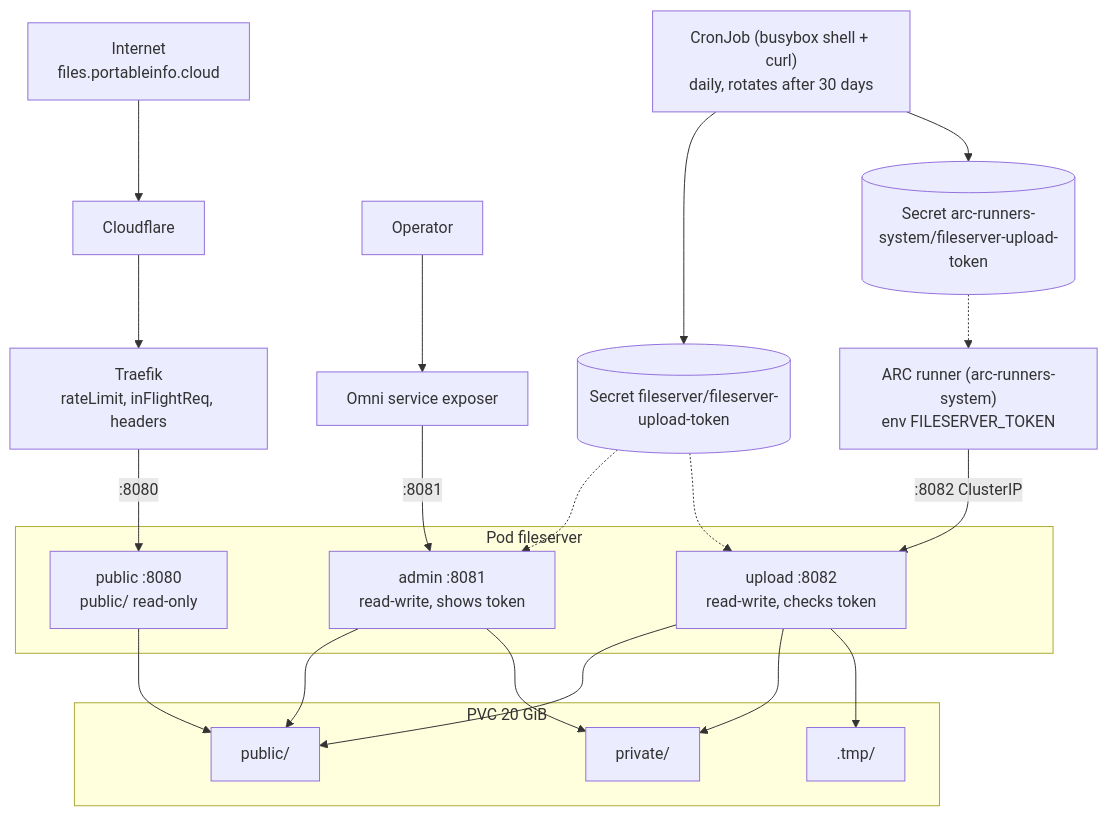
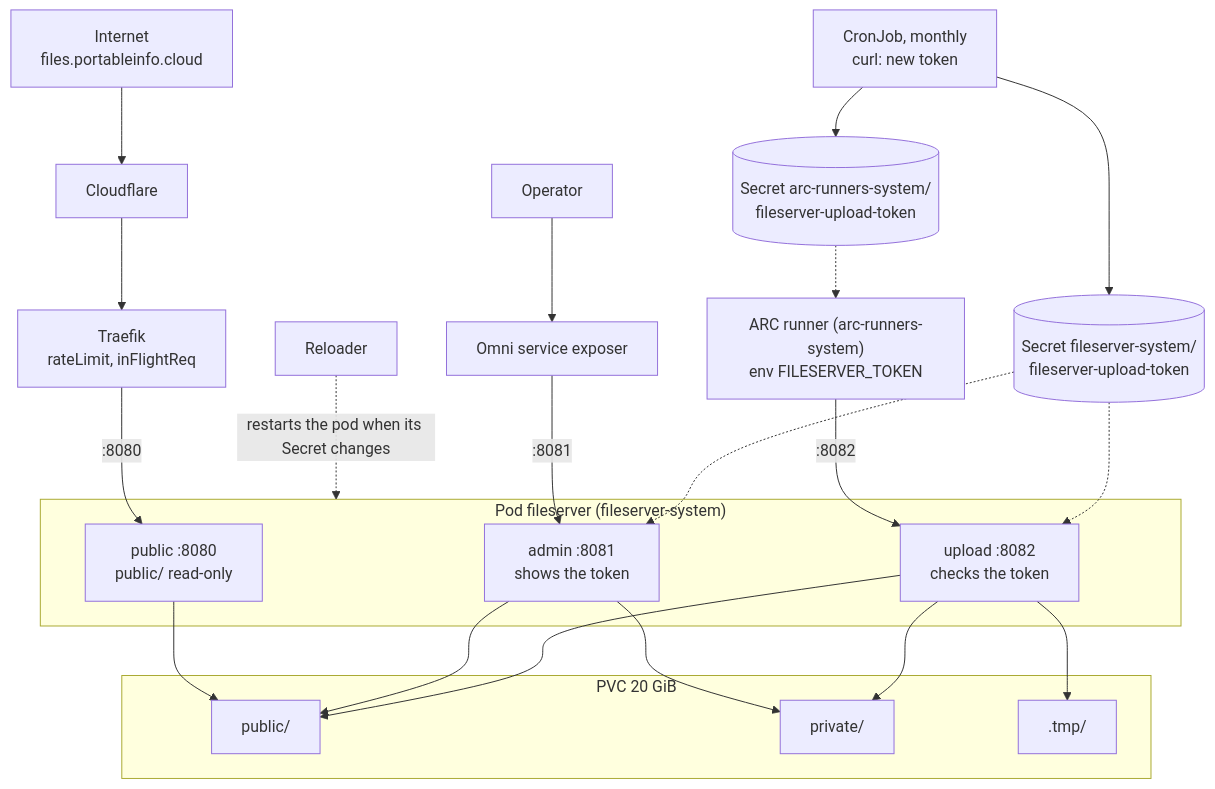
Before and after one commit to cthtrifork/talos-gitops: the diagram in images/fileserver/README.md, drawn with Mermaid. The commit also changed other lines of this file and 7 other files, not shown here.

Commit message:
refactor(fileserver): one token, a configurable upload URL, shorter comments and README (#791)

````diff
--- a/images/fileserver/README.md
+++ b/images/fileserver/README.md
@@ -14,28 +12,30 @@
 ```mermaid
 flowchart TB
-    NET["Internet<br/>files.portableinfo.cloud"] --> CF["Cloudflare"] --> TR["Traefik<br/>rateLimit, inFlightReq, headers"]
+    NET["Internet<br/>files.portableinfo.cloud"] --> CF["Cloudflare"] --> TR["Traefik<br/>rateLimit, inFlightReq"]
     OP["Operator"] --> OMNI["Omni service exposer"]
     RUN["ARC runner (arc-runners-system)<br/>env FILESERVER_TOKEN"]
-    CJ["CronJob (busybox shell + curl)<br/>daily, rotates after 30 days"]
-    subgraph POD["Pod fileserver"]
+    CJ["CronJob, monthly<br/>curl: new token"]
+    RL["Reloader"]
+    subgraph POD["Pod fileserver (fileserver-system)"]
         PUB["public :8080<br/>public/ read-only"]
-        ADM["admin :8081<br/>read-write, shows token"]
-        UPL["upload :8082<br/>read-write, checks token"]
+        ADM["admin :8081<br/>shows the token"]
+        UPL["upload :8082<br/>checks the token"]
     end
-    S1[("Secret fileserver/fileserver-upload-token")]
-    S2[("Secret arc-runners-system/fileserver-upload-token")]
+    S1[("Secret fileserver-system/<br/>fileserver-upload-token")]
+    S2[("Secret arc-runners-system/<br/>fileserver-upload-token")]
     subgraph PVC["PVC 20 GiB"]
         D1["public/"]
         D2["private/"]
         D3[".tmp/"]
     end
     TR -->|":8080"| PUB
     OMNI -->|":8081"| ADM
-    RUN -->|":8082 ClusterIP"| UPL
+    RUN -->|":8082"| UPL
     CJ --> S1 & S2
     S1 -.-> ADM & UPL
     S2 -.-> RUN
+    RL -.->|"restarts the pod when its Secret changes"| POD
     PUB --> D1
     ADM --> D1 & D2
     UPL --> D1 & D2 & D3
 ```
````
